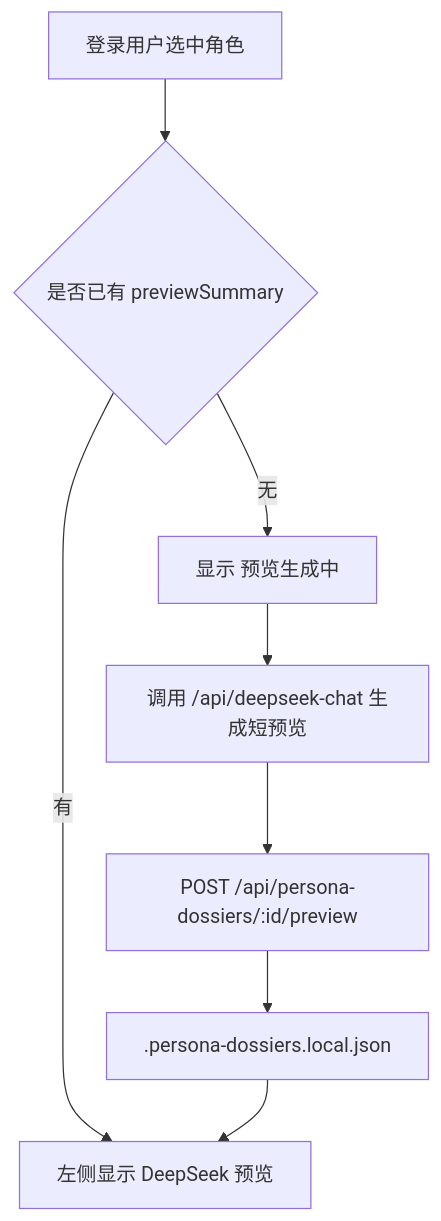
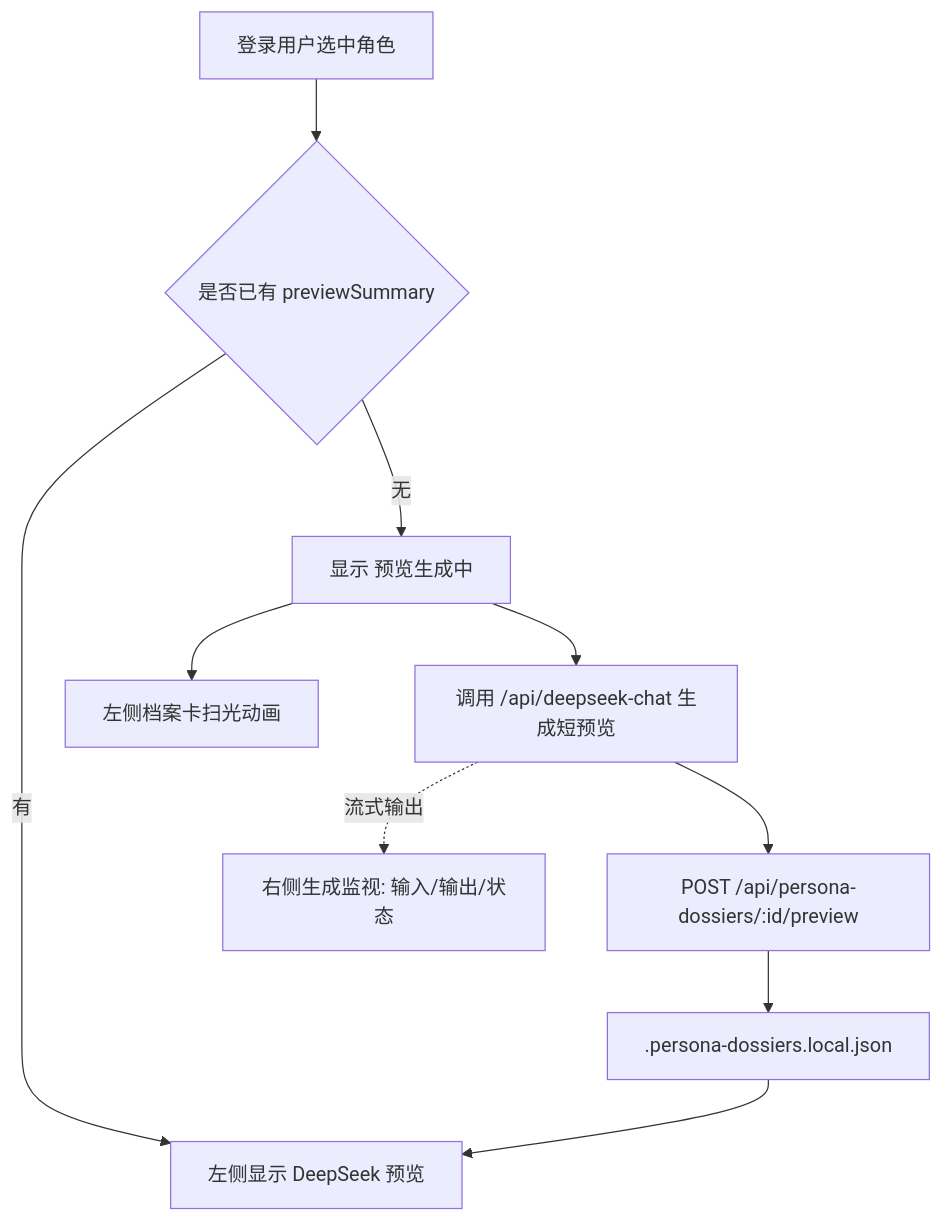
One commit to ttmanthatman/virtual-human-flow changed the eighth of 31 diagrams in docs/SYSTEM_FLOW.md. Above: the diagram before and after it, drawn with Mermaid. The commit also changed other lines of this file and 8 other files, not shown here.

````diff
--- a/docs/SYSTEM_FLOW.md
+++ b/docs/SYSTEM_FLOW.md
@@ -199,10 +201,12 @@
 ```mermaid
 flowchart TD
     A[登录用户选中角色] --> B{是否已有 previewSummary}
     B -- 有 --> C[左侧显示 DeepSeek 预览]
     B -- 无 --> D[显示 预览生成中]
+    D --> ANIM[左侧档案卡扫光动画]
     D --> E[调用 /api/deepseek-chat 生成短预览]
+    E -. 流式输出 .-> TRACE[右侧生成监视: 输入/输出/状态]
     E --> F[POST /api/persona-dossiers/:id/preview]
     F --> STORE[.persona-dossiers.local.json]
     STORE --> C
 ```
````
